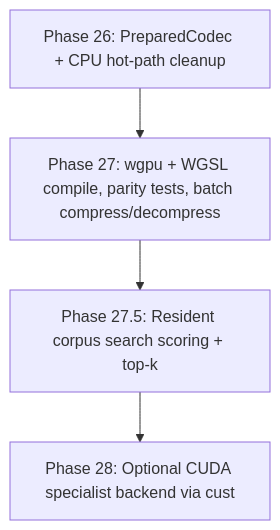
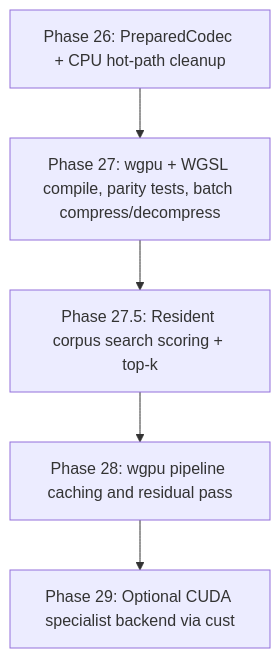
One commit to better-with-models/TinyQuant changed the second of 2 diagrams in docs/design/rust/gpu-acceleration.md. Above: the diagram before and after it, drawn with Mermaid. The commit also changed other lines of this file and 21 other files, not shown here.

````diff
--- a/docs/design/rust/gpu-acceleration.md
+++ b/docs/design/rust/gpu-acceleration.md
@@ -502,8 +578,9 @@
 ```mermaid
 flowchart TD
     A[Phase 26: PreparedCodec + CPU hot-path cleanup]
     B[Phase 27: wgpu + WGSL compile, parity tests, batch compress/decompress]
     C[Phase 27.5: Resident corpus search scoring + top-k]
-    D[Phase 28: Optional CUDA specialist backend via cust]
-    A --> B --> C --> D
+    D[Phase 28: wgpu pipeline caching and residual pass]
+    E[Phase 29: Optional CUDA specialist backend via cust]
+    A --> B --> C --> D --> E
 ```
````
